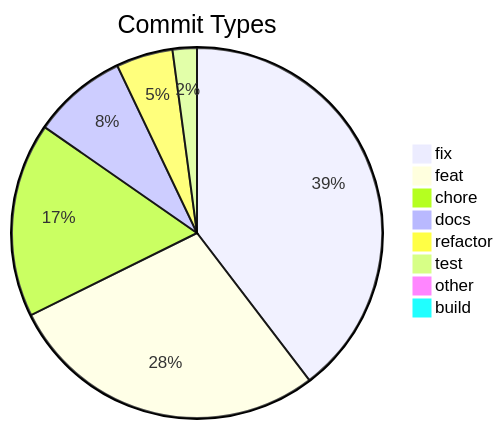
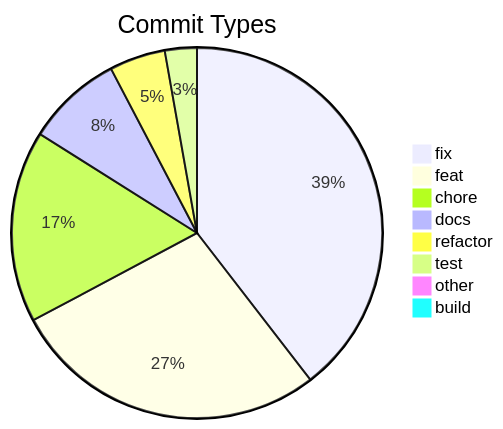
Before and after one commit to svenroth-ai/shipwright-webui: the diagram in .shipwright/compliance/change-history.md, drawn with Mermaid. The commit also changed other lines of this file and 19 other files, not shown here.

````diff
--- a/.shipwright/compliance/change-history.md
+++ b/.shipwright/compliance/change-history.md
@@ -8,11 +8,11 @@
 ```mermaid
 pie title Commit Types
-    "fix" : 168
+    "fix" : 170
     "feat" : 119
     "chore" : 72
-    "docs" : 35
+    "docs" : 36
     "refactor" : 21
-    "test" : 9
+    "test" : 12
     "other" : 4
     "build" : 1
 ```
````
